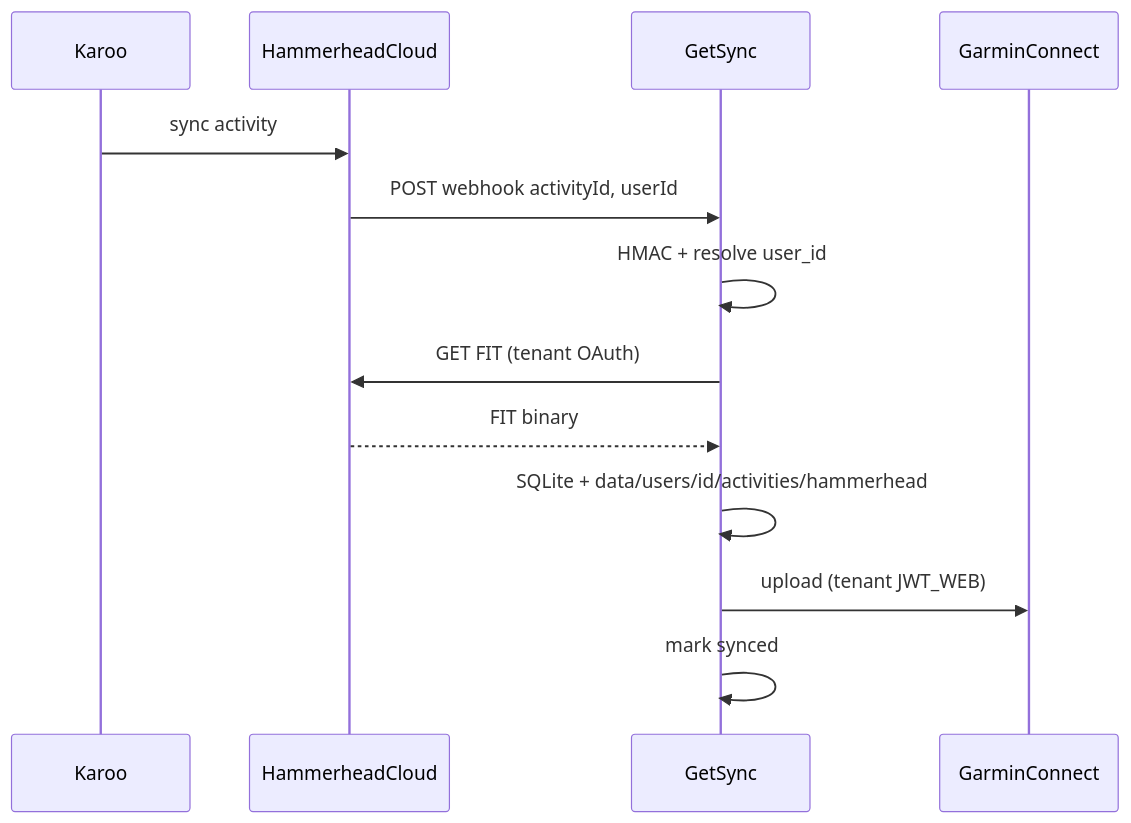
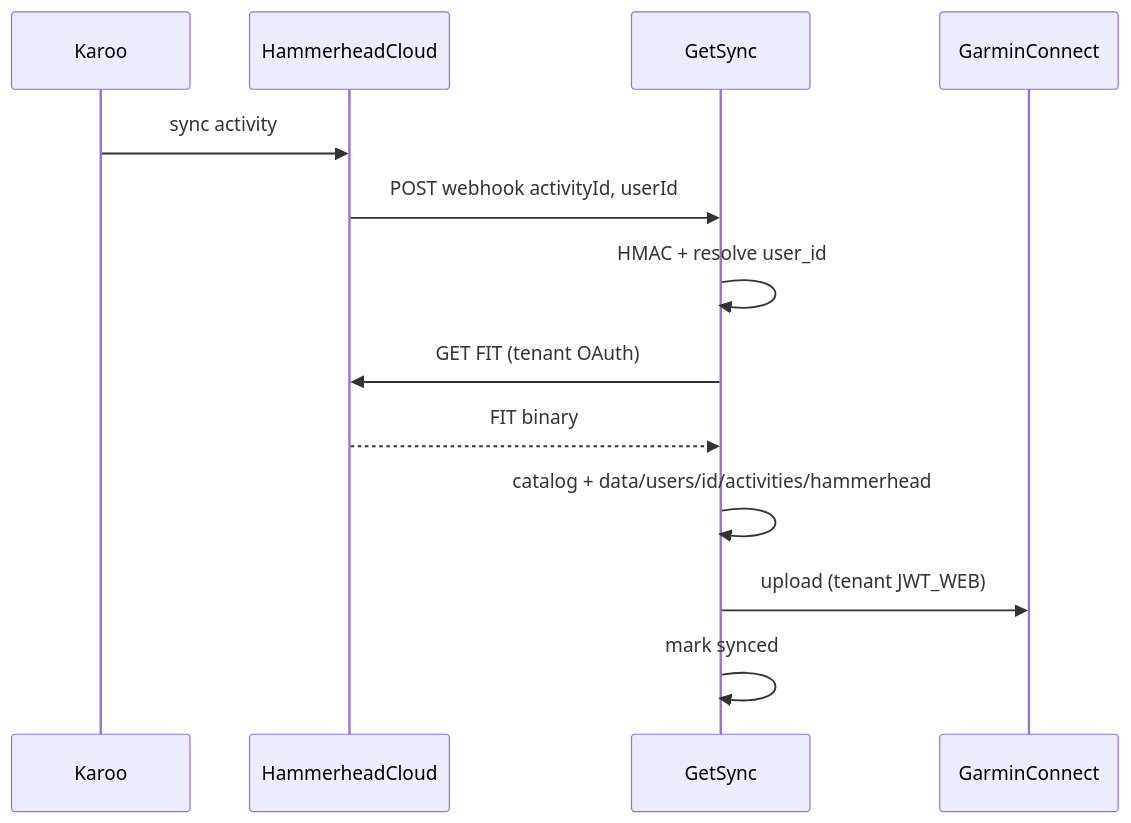
One commit to segallar/fit-sinc changed the second of 2 diagrams in docs/ARCHITECTURE.md. Above: the diagram before and after it, drawn with Mermaid. The commit also changed other lines of this file and 69 other files, not shown here.

````diff
--- a/docs/ARCHITECTURE.md
+++ b/docs/ARCHITECTURE.md
@@ -27,16 +57,16 @@
 ```mermaid
 sequenceDiagram
     participant Karoo as Karoo
     participant HH as HammerheadCloud
     participant GS as GetSync
     participant GC as GarminConnect
 
     Karoo->>HH: sync activity
     HH->>GS: POST webhook activityId, userId
     GS->>GS: HMAC + resolve user_id
     GS->>HH: GET FIT (tenant OAuth)
     HH-->>GS: FIT binary
-    GS->>GS: SQLite + data/users/id/activities/hammerhead
+    GS->>GS: catalog + data/users/id/activities/hammerhead
     GS->>GC: upload (tenant JWT_WEB)
     GS->>GS: mark synced
 ```
````
